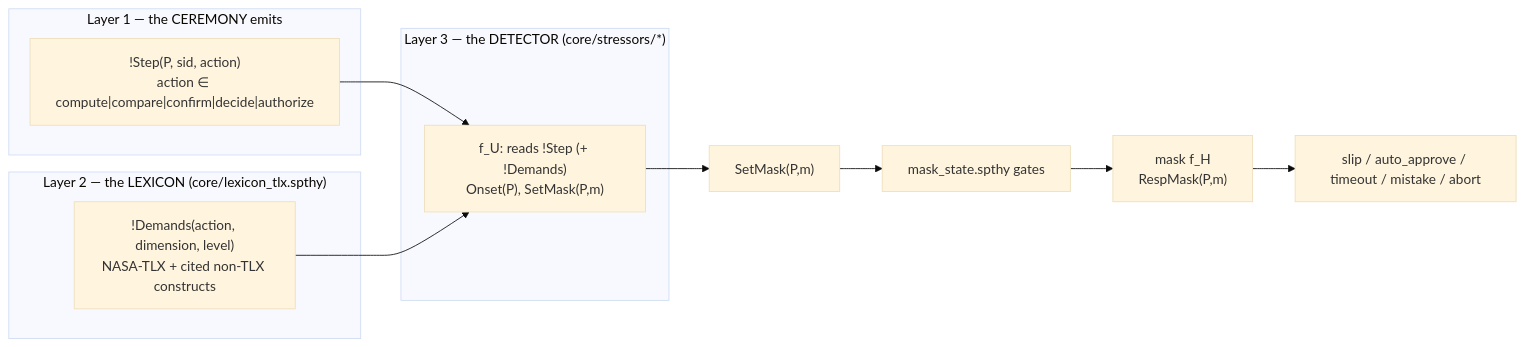
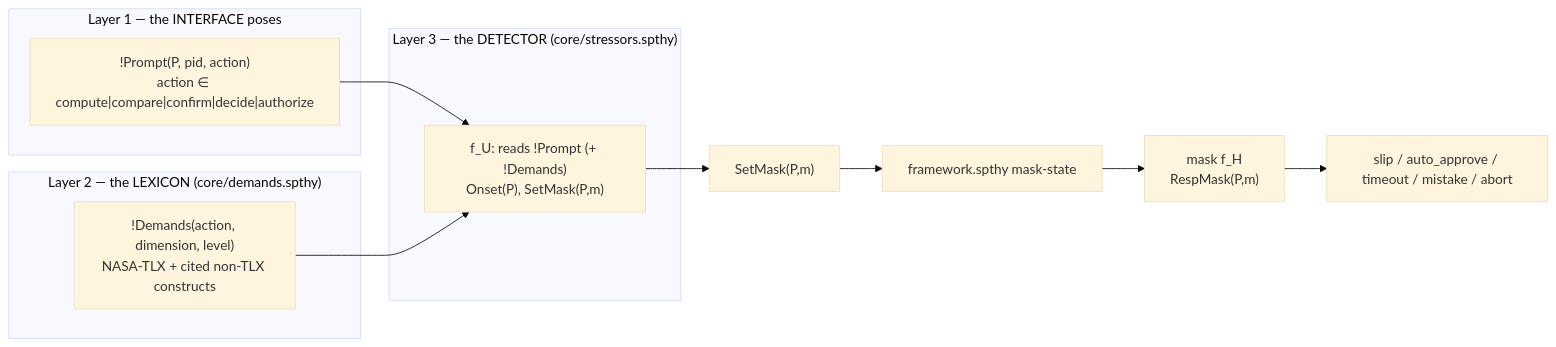
The first of 3 diagrams in tamarin_model/STRESSORS.md (LarissaGRosa/mcp-usable-security-formal-analysis), drawn with Mermaid (base theme) before and after one commit. The commit also changed other lines of this file and 135 other files, not shown here.

First line of the commit message:
tamarin_model: flat-layer core, mistake-only secure_email, pushed-mask perf, cue+recovery stressors

````diff
--- a/tamarin_model/STRESSORS.md
+++ b/tamarin_model/STRESSORS.md
@@ -25,15 +34,15 @@
 ```mermaid
 flowchart LR
-  subgraph L1["Layer 1 — the CEREMONY emits"]
-    S["!Step(P, sid, action)<br/>action ∈ compute|compare|confirm|decide|authorize"]
+  subgraph L1["Layer 1 — the INTERFACE poses"]
+    S["!Prompt(P, pid, action)<br/>action ∈ compute|compare|confirm|decide|authorize"]
   end
-  subgraph L2["Layer 2 — the LEXICON (core/lexicon_tlx.spthy)"]
+  subgraph L2["Layer 2 — the LEXICON (core/demands.spthy)"]
     D["!Demands(action, dimension, level)<br/>NASA-TLX + cited non-TLX constructs"]
   end
-  subgraph L3["Layer 3 — the DETECTOR (core/stressors/*)"]
-    T["f_U: reads !Step (+ !Demands)<br/>Onset(P), SetMask(P,m)"]
+  subgraph L3["Layer 3 — the DETECTOR (core/stressors.spthy)"]
+    T["f_U: reads !Prompt (+ !Demands)<br/>Onset(P), SetMask(P,m)"]
   end
   S --> T
   D --> T
-  T --> SM["SetMask(P,m)"] --> GT["mask_state.spthy gates"] --> FH["mask f_H<br/>RespMask(P,m)"] --> OUT["slip / auto_approve / timeout / mistake / abort"]
+  T --> SM["SetMask(P,m)"] --> GT["framework.spthy mask-state"] --> FH["mask f_H<br/>RespMask(P,m)"] --> OUT["slip / auto_approve / timeout / mistake / abort"]
 ```
````
